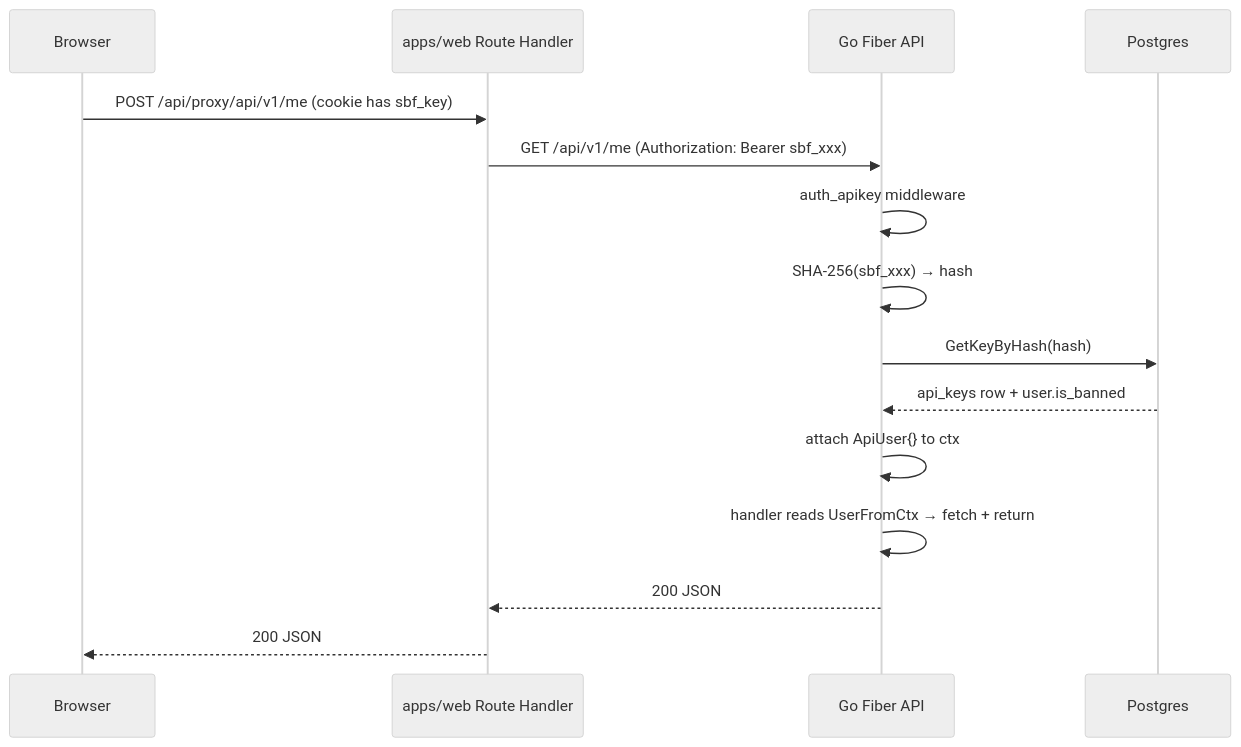
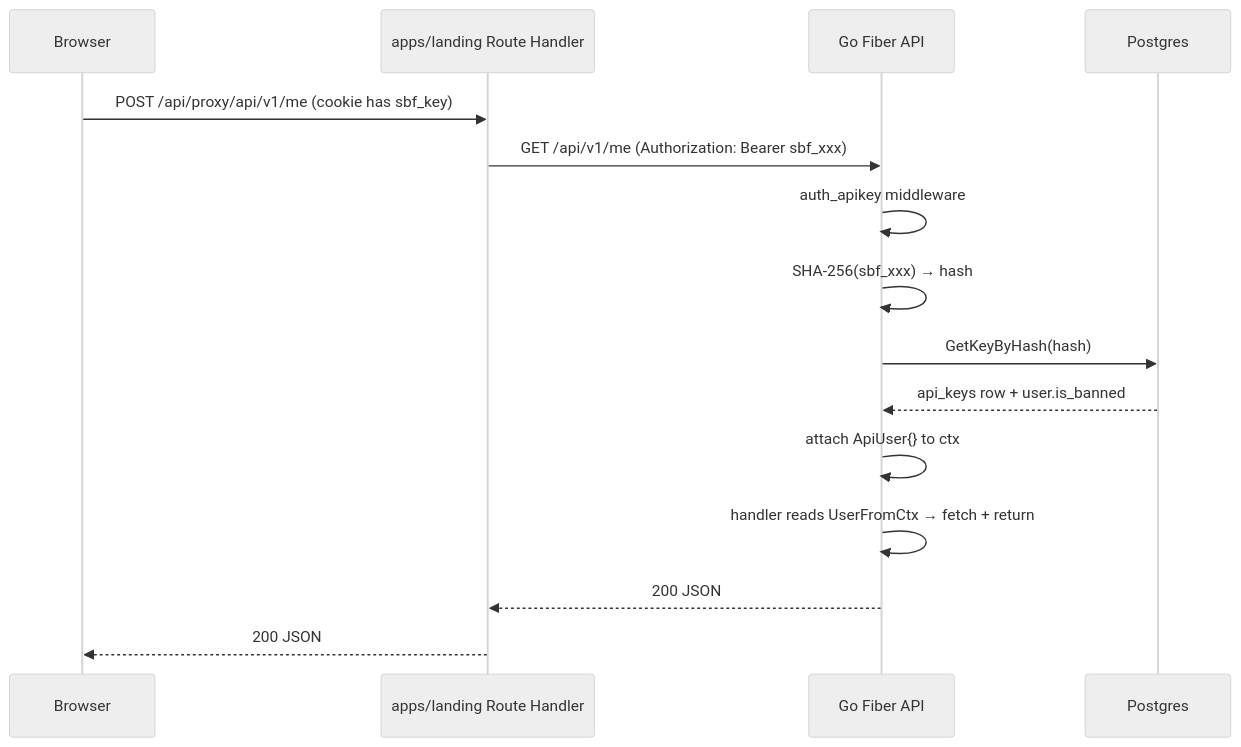
Before and after one commit to snake-dev-team/snake-backlink-forge: the diagram in plans/260426-0237-phase3-web-saas-foundation/phase-02-backend-auth-and-cors.md, drawn with Mermaid (neutral theme). The commit also changed other lines of this file and 91 other files, not shown here.

````diff
--- a/plans/260426-0237-phase3-web-saas-foundation/phase-02-backend-auth-and-cors.md
+++ b/plans/260426-0237-phase3-web-saas-foundation/phase-02-backend-auth-and-cors.md
@@ -73,18 +73,18 @@
 ```mermaid
 sequenceDiagram
   participant FE as Browser
-  participant Vercel as apps/web Route Handler
+  participant Vercel as apps/landing Route Handler
   participant Fiber as Go Fiber API
   participant PG as Postgres
 
   FE->>Vercel: POST /api/proxy/api/v1/me (cookie has sbf_key)
   Vercel->>Fiber: GET /api/v1/me (Authorization: Bearer sbf_xxx)
   Fiber->>Fiber: auth_apikey middleware
   Fiber->>Fiber: SHA-256(sbf_xxx) → hash
   Fiber->>PG: GetKeyByHash(hash)
   PG-->>Fiber: api_keys row + user.is_banned
   Fiber->>Fiber: attach ApiUser{} to ctx
   Fiber->>Fiber: handler reads UserFromCtx → fetch + return
   Fiber-->>Vercel: 200 JSON
   Vercel-->>FE: 200 JSON
 ```
````
